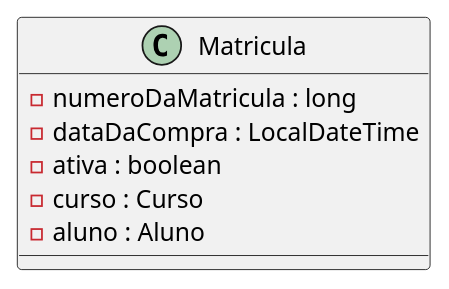
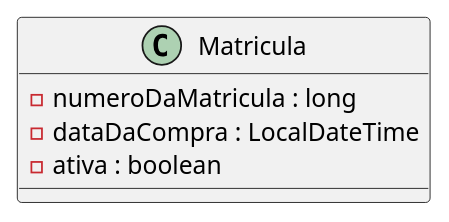
The diagram in diagrams/model/domain/Matricula.puml (silviobassi/silvioluizbassi), drawn with PlantUML before and after one commit. The commit also changed 4 other files, not shown here.

Commit message:
refactor: alterando imagem do diagrama README.md

```diff
--- a/diagrams/model/domain/Matricula.puml
+++ b/diagrams/model/domain/Matricula.puml
@@ -1,9 +1,7 @@
 @startuml
 class Matricula {
   - numeroDaMatricula : long
   - dataDaCompra : LocalDateTime
   - ativa : boolean
-  - curso : Curso
-  - aluno : Aluno
 }
 @enduml
```
